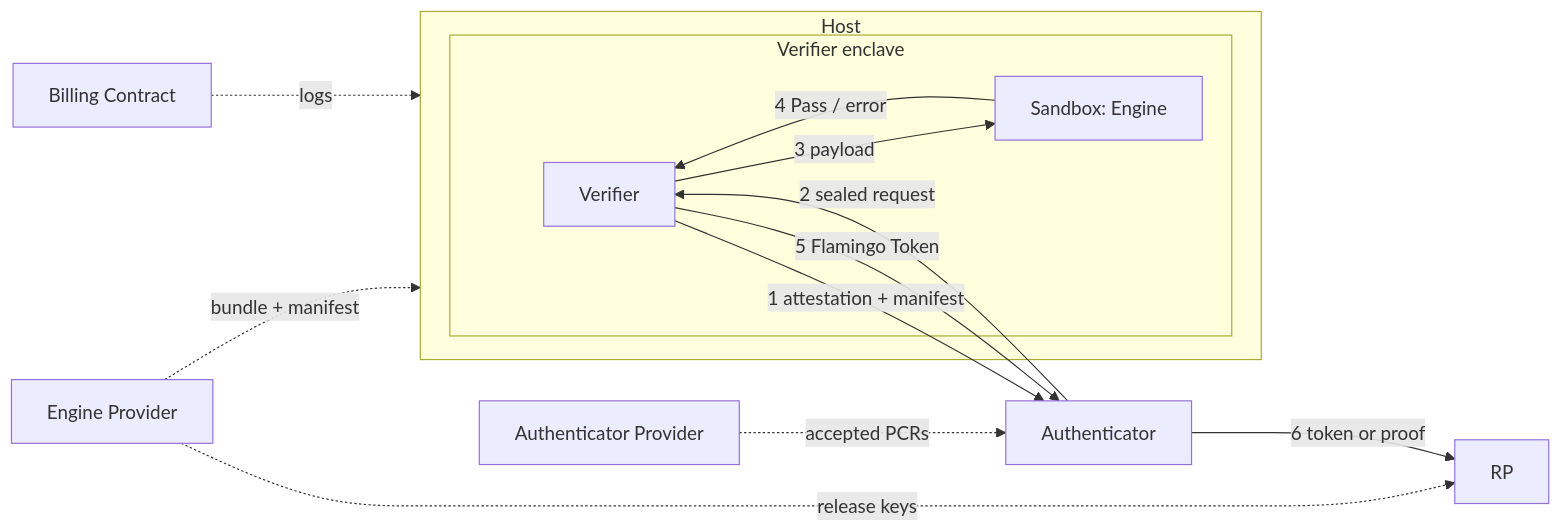
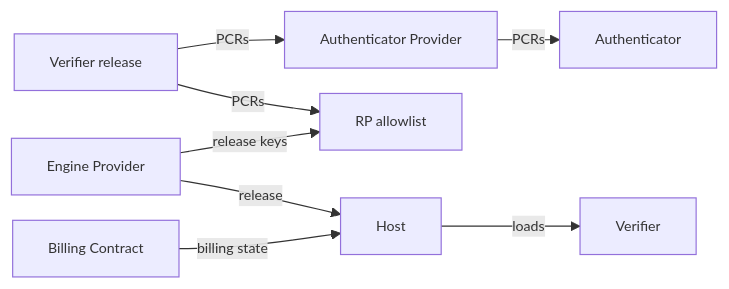
The first of 2 diagrams in docs/WIPs/wip-201.md (worldcoin/world-id-protocol), drawn with Mermaid before and after one commit. The commit also changed other lines of this file, not shown here.

````diff
--- a/docs/WIPs/wip-201.md
+++ b/docs/WIPs/wip-201.md
@@ -30,17 +32,11 @@
 ```mermaid
+%%{init: {"flowchart": {"nodeSpacing": 15, "rankSpacing": 25}, "themeVariables": {"fontSize": "12px"}}}%%
 flowchart LR
-  EP[Engine Provider] -.->|bundle + manifest| Host
-  EP -.->|release keys| RP
-  AP[Authenticator Provider] -.->|accepted PCRs| A[Authenticator]
-  BC[Billing Contract] -.->|logs| Host
-  subgraph Host
-    subgraph Enclave[Verifier enclave]
-      V[Verifier] -->|3 payload| S[Sandbox: Engine]
-      S -->|4 Pass / error| V
-    end
-  end
-  V -->|1 attestation + manifest| A
-  A -->|2 sealed request| V
-  V -->|5 Flamingo Token| A
-  A -->|6 token or proof| RP
+  VR[Verifier release] -->|PCRs| AP[Authenticator Provider]
+  AP -->|PCRs| A[Authenticator]
+  VR -->|PCRs| RP[RP allowlist]
+  EP[Engine Provider] -->|release keys| RP
+  EP -->|release| H[Host]
+  BC[Billing Contract] -->|billing state| H
+  H -->|loads| V[Verifier]
 ```
````
